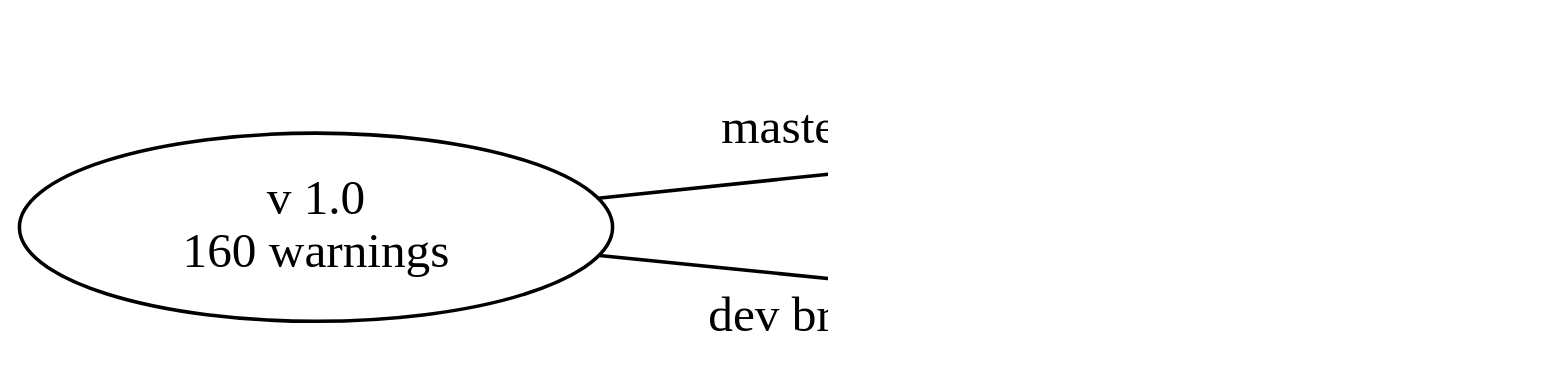
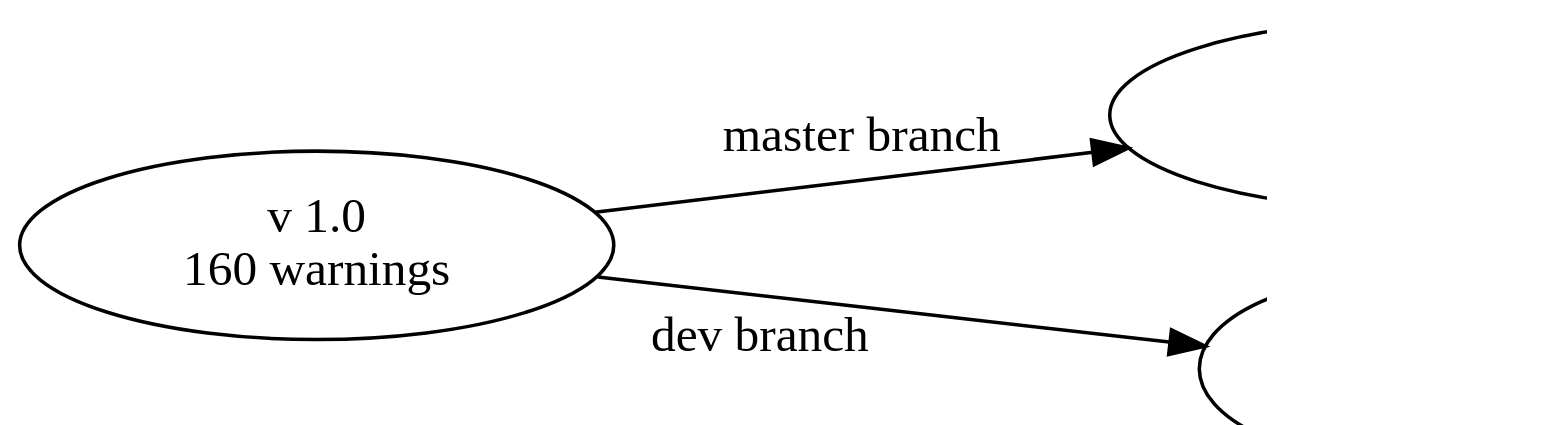
Before and after one commit to inponomarev/csa: the first of 5 diagrams in src/main/asciidoc/csa.adoc, drawn with Graphviz. The commit also changed other lines of this file, not shown here.

```diff
--- a/src/main/asciidoc/csa.adoc
+++ b/src/main/asciidoc/csa.adoc
@@ -231,16 +245,17 @@
 [graphviz, "ratchet-p0.png"]
 -----
 digraph G {
   rankdir="LR";
   graph [ dpi = 150 ];
   ri[label="v 1.0\n 160 warnings"];
   ri -> r1 [label="master branch"];
-
+  r1 -> r2 [label="master branch", style="invis"];
   
   ri ->b1 [xlabel = "dev branch"];
   r1[label="v 1.1\n 150 warnings"];
-  b1[label=". . ."];
+  b1[label="+ 2\nwarnings"];
   
-
+  b1->r2[style="invis"];
+  r2[label="152\nwarnings", style="invis"];
 }
 -----
```
